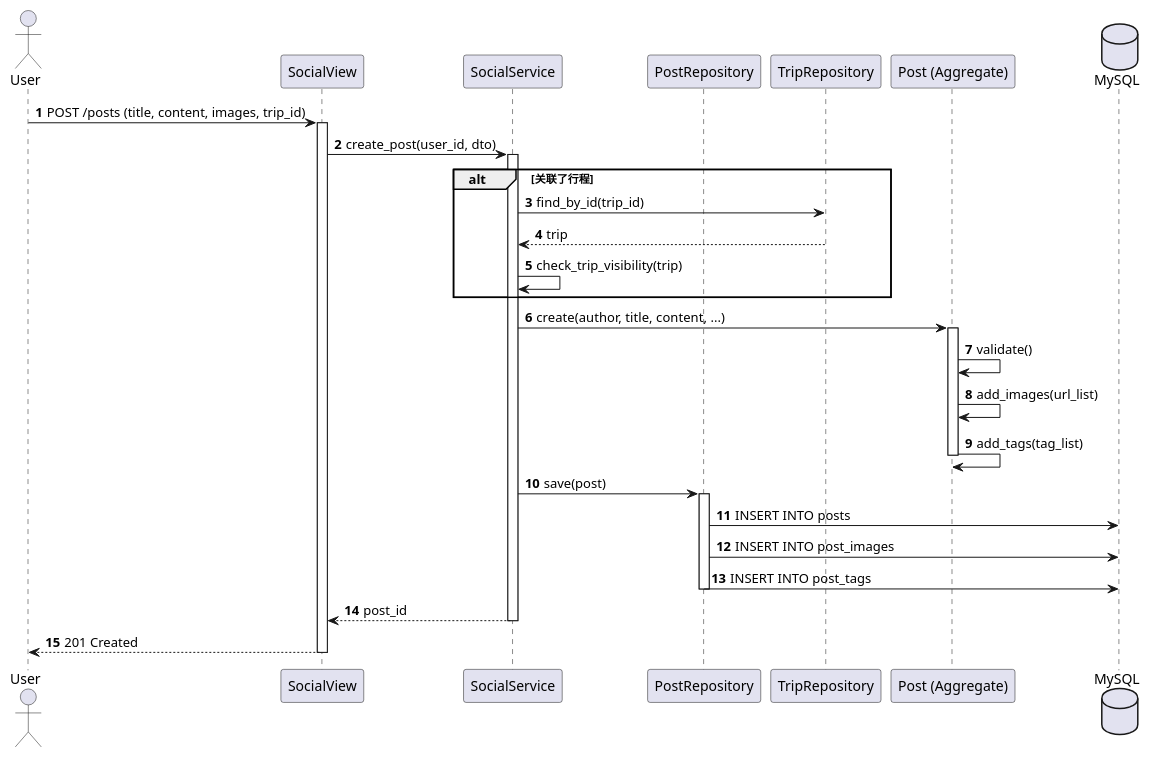
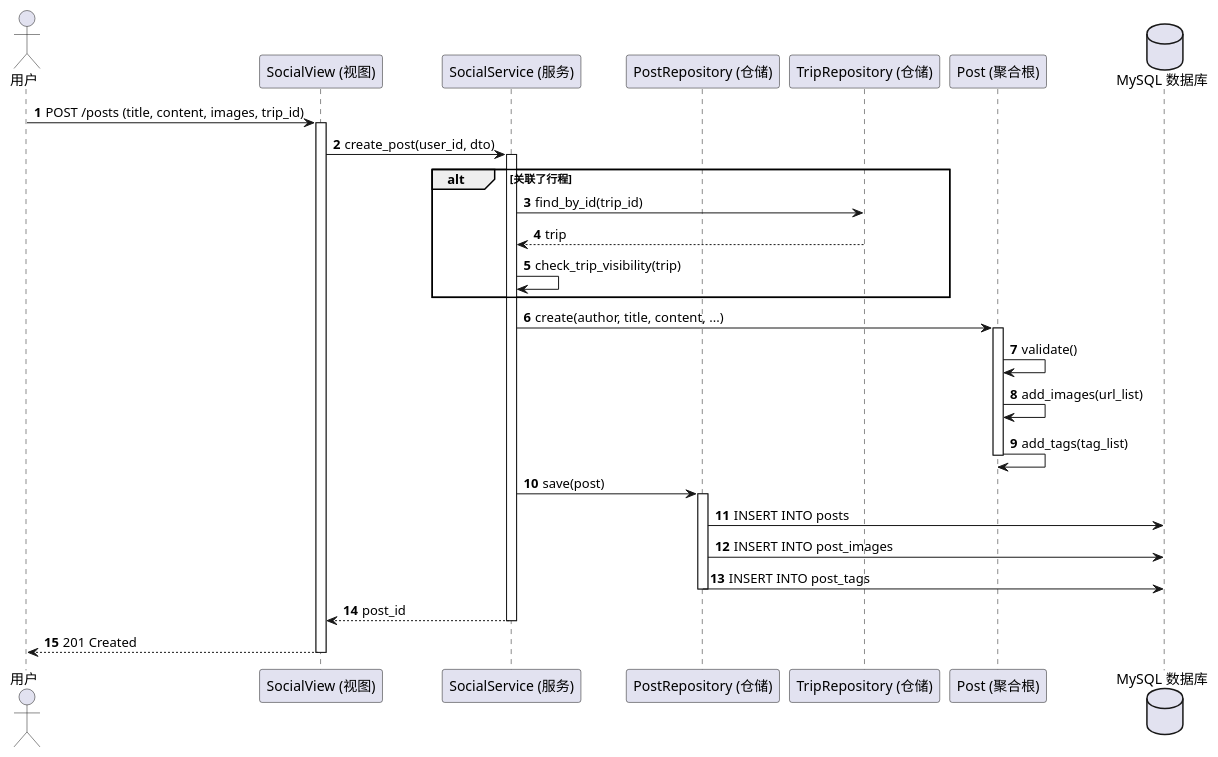
Before and after one commit to maroonxv/TravelShare: the second of 4 diagrams in doc/design/architecture_design/scenario_view.md, drawn with PlantUML. The commit also changed other lines of this file and 59 other files, not shown here.

````diff
--- a/doc/design/architecture_design/scenario_view.md
+++ b/doc/design/architecture_design/scenario_view.md
@@ -115,44 +109,44 @@
 ```plantuml
 @startuml
 autonumber
-actor "User" as User
-participant "SocialView" as View
-participant "SocialService" as Service
-participant "PostRepository" as PostRepo
-participant "TripRepository" as TripRepo
-participant "Post (Aggregate)" as Post
-database "MySQL" as DB
+actor "用户" as User
+participant "SocialView (视图)" as View
+participant "SocialService (服务)" as Service
+participant "PostRepository (仓储)" as PostRepo
+participant "TripRepository (仓储)" as TripRepo
+participant "Post (聚合根)" as Post
+database "MySQL 数据库" as DB
 
 User -> View: POST /posts (title, content, images, trip_id)
 activate View
 
 View -> Service: create_post(user_id, dto)
 activate Service
 
 alt 关联了行程
     Service -> TripRepo: find_by_id(trip_id)
     TripRepo --> Service: trip
     Service -> Service: check_trip_visibility(trip)
 end
 
 Service -> Post: create(author, title, content, ...)
 activate Post
     Post -> Post: validate()
     Post -> Post: add_images(url_list)
     Post -> Post: add_tags(tag_list)
 deactivate Post
 
 Service -> PostRepo: save(post)
 activate PostRepo
     PostRepo -> DB: INSERT INTO posts
     PostRepo -> DB: INSERT INTO post_images
     PostRepo -> DB: INSERT INTO post_tags
 deactivate PostRepo
 
 Service --> View: post_id
 deactivate Service
 
 View --> User: 201 Created
 deactivate View
 @enduml
 ```
````
